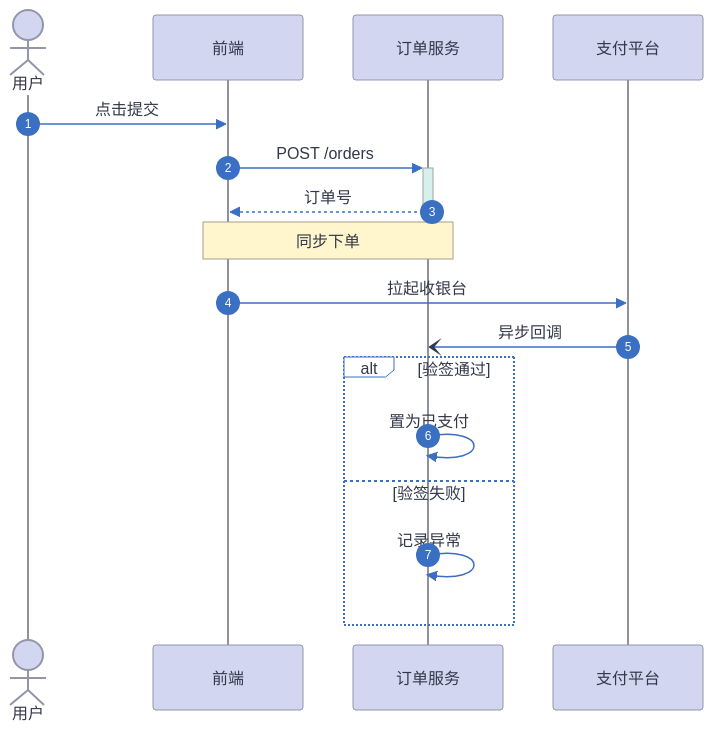
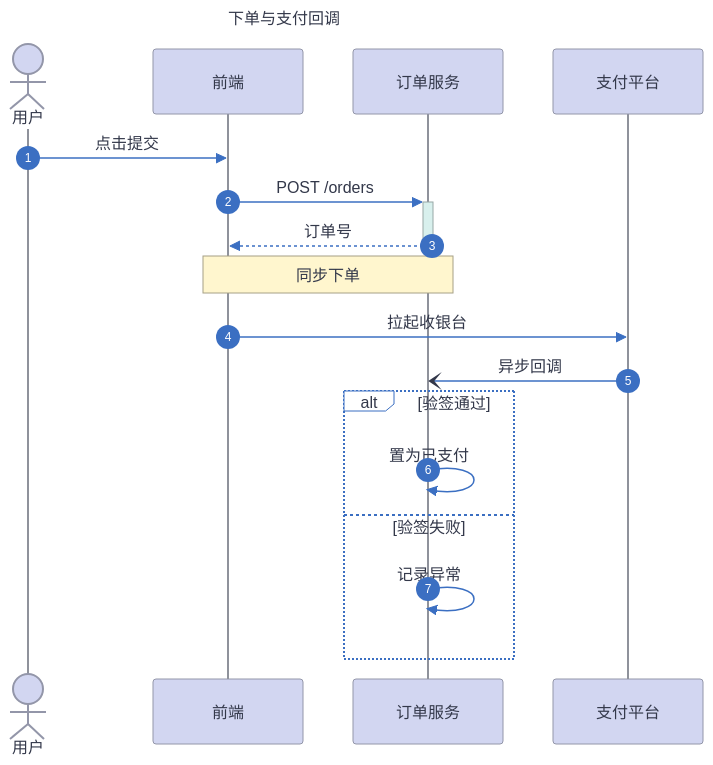
One commit to huang-hee/diagram-kit changed the seventh of 45 diagrams in docs/画图指南.md. Above: the diagram before and after it, drawn with Mermaid. The commit also changed other lines of this file and 248 other files, not shown here.

First line of the commit message:
feat: 示例按统一风格重做，补齐 42 张 drawio 整图示例，默认工具改为 drawio

````diff
--- a/docs/画图指南.md
+++ b/docs/画图指南.md
@@ -597,56 +609,63 @@
 ```mermaid
 ---
+title: "下单与支付回调"
 config:
   theme: base
   fontFamily: "PingFang SC, Microsoft YaHei, Noto Sans CJK SC, Source Han Sans SC, sans-serif"
+  flowchart:
+    curve: "step"
+    nodeSpacing: 50
+    rankSpacing: 60
+    padding: 12
+    wrappingWidth: 300
   themeVariables:
     background: "#FFFFFF"
     primaryColor: "#FFFFFF"
     primaryBorderColor: "#3B6FC2"
     primaryTextColor: "#33384A"
     nodeTextColor: "#33384A"
     secondaryColor: "#FBDBD1"
     tertiaryColor: "#EBF1F9"
     lineColor: "#3B6FC2"
     textColor: "#33384A"
     clusterBkg: "#EBF1F9"
     clusterBorder: "#3B6FC2"
     edgeLabelBackground: "#FFFFFF"
     titleColor: "#33384A"
     noteBkgColor: "#FFF6CE"
     noteBorderColor: "#A6A086"
     noteTextColor: "#33384A"
     actorBkg: "#D2D6F1"
     actorBorder: "#9396A9"
     actorTextColor: "#33384A"
     actorLineColor: "#8F929B"
     signalColor: "#3B6FC2"
     signalTextColor: "#33384A"
     labelBoxBkgColor: "#FFFFFF"
     labelBoxBorderColor: "#3B6FC2"
     labelTextColor: "#33384A"
     loopTextColor: "#33384A"
     activationBkgColor: "#D8F0ED"
     activationBorderColor: "#97A8A6"
     sequenceNumberColor: "#FFFFFF"
 ---
 sequenceDiagram
   autonumber
   actor U as 用户
   participant FE as 前端
   participant O as 订单服务
   participant P as 支付平台
   U->>FE: 点击提交
   FE->>+O: POST /orders
   O-->>-FE: 订单号
   Note over FE,O: 同步下单
   FE->>P: 拉起收银台
   P-)O: 异步回调
   alt 验签通过
     O->>O: 置为已支付
   else 验签失败
     O->>O: 记录异常
   end
 %% 用 box 给一组参与者加底色：box #FAEEDA 外部系统 ... end
 %% 参与者是人时用 actor 关键字（小人图形不受 actorBkg 填充影响）
 ```
````
